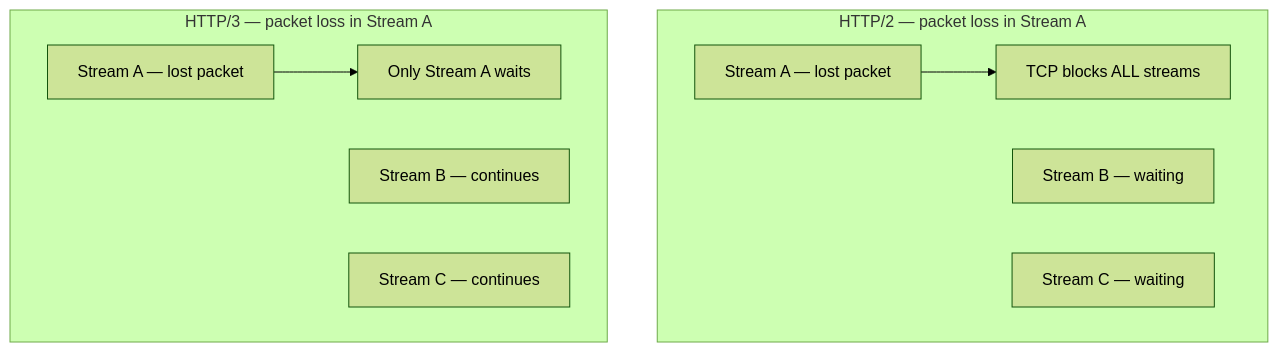
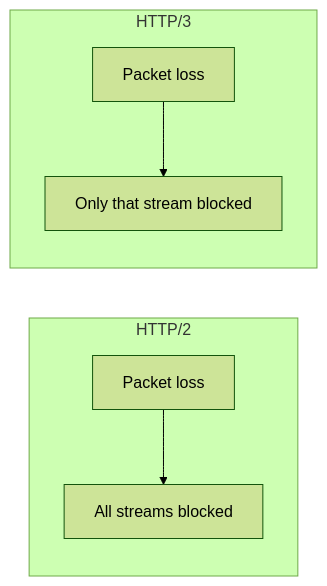
One commit to hareramcse/SystemDesign changed the ninth of 17 diagrams in 01-networking/README.md. Above: the diagram before and after it, drawn with Mermaid (forest theme). The commit also changed other lines of this file, not shown here.

````diff
--- a/01-networking/README.md
+++ b/01-networking/README.md
@@ -3344,13 +3249,9 @@
 ```mermaid
-flowchart TB
-    subgraph H2["HTTP/2 — packet loss in Stream A"]
-        S1[Stream A — lost packet] --> TCP[TCP blocks ALL streams]
-        S2[Stream B — waiting]
-        S3[Stream C — waiting]
+flowchart LR
+    subgraph http2["HTTP/2"]
+        l2[Packet loss] --> blk[All streams blocked]
     end
-    subgraph H3["HTTP/3 — packet loss in Stream A"]
-        S4[Stream A — lost packet] --> W[Only Stream A waits]
-        S5[Stream B — continues]
-        S6[Stream C — continues]
+    subgraph http3["HTTP/3"]
+        l3[Packet loss] --> one[Only that stream blocked]
     end
 ```
````
